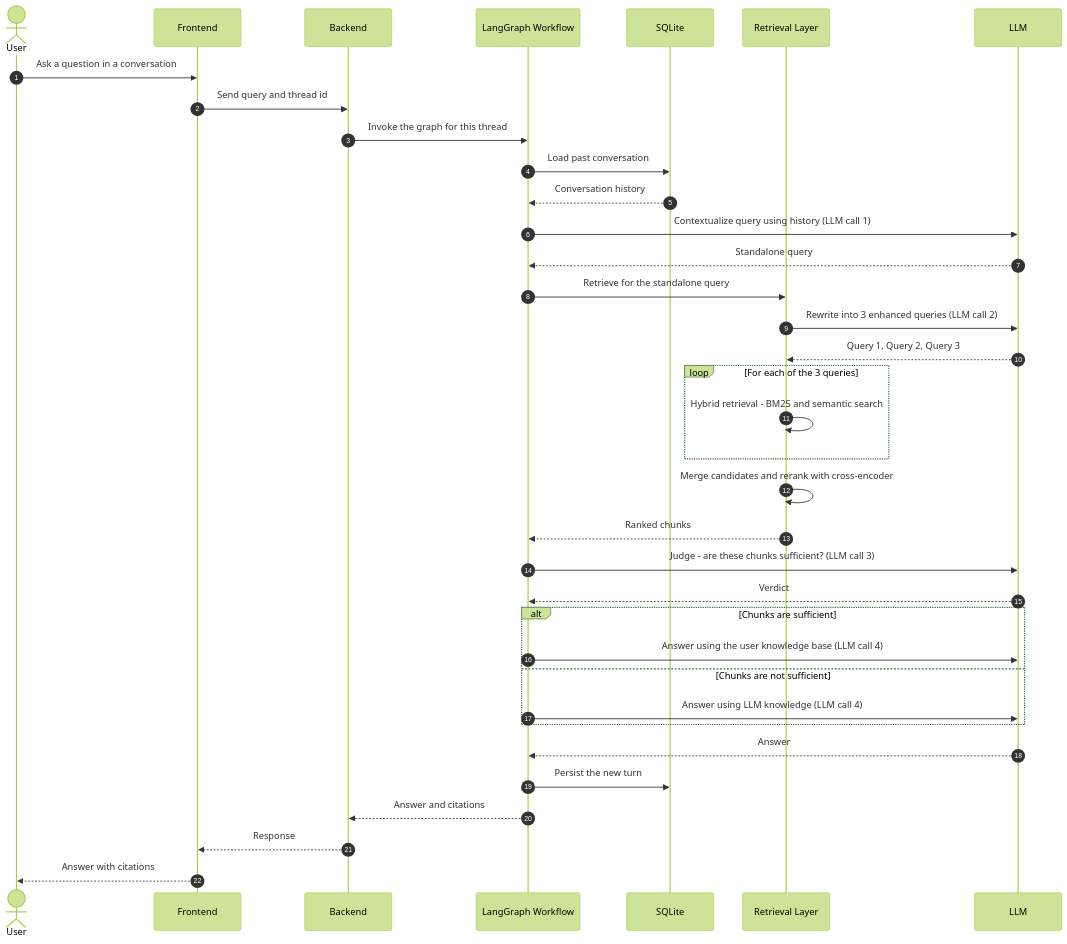
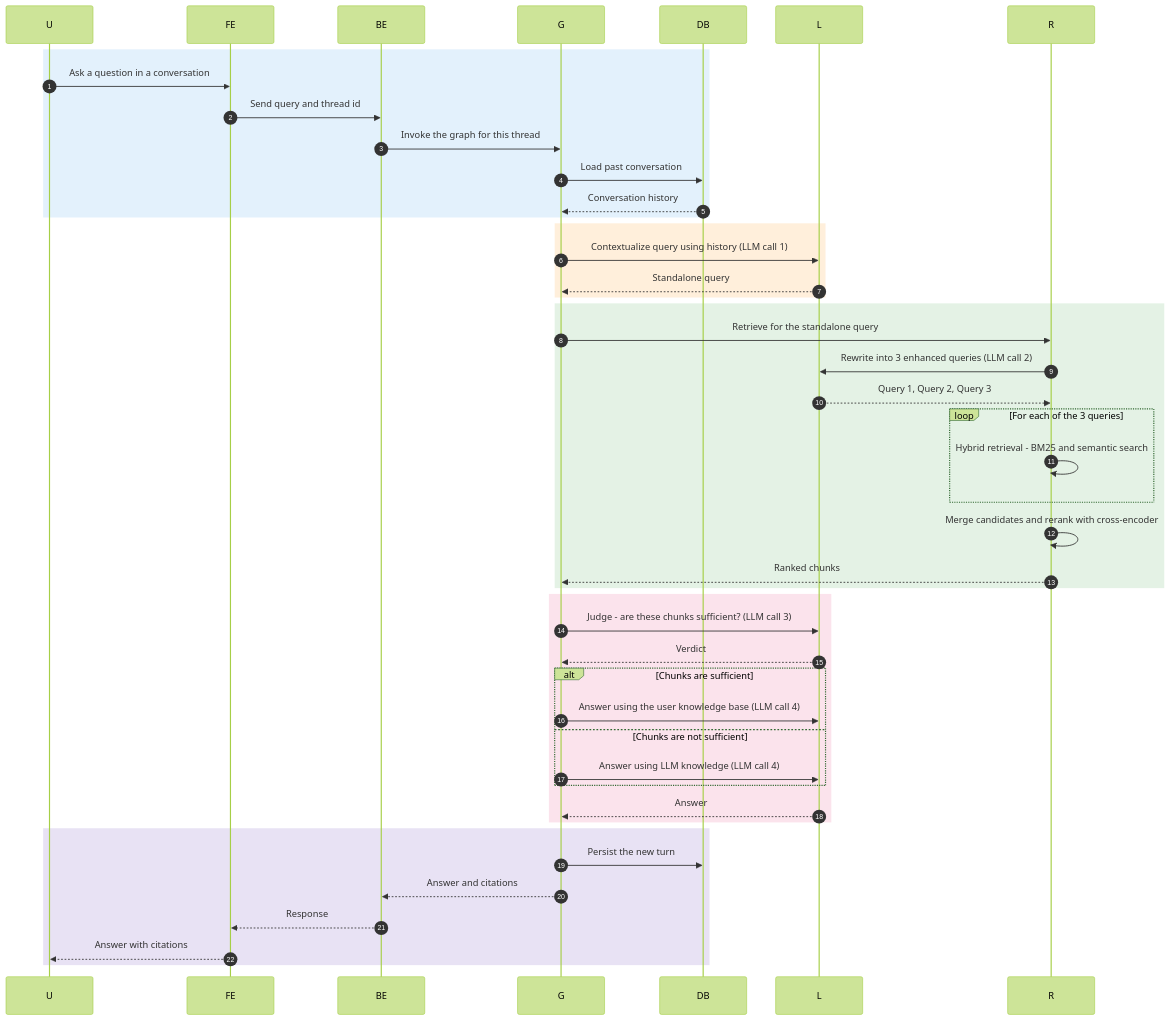
Before and after one commit to Abidkazmi7/Multipurpose-RAG: the first of 5 diagrams in README.md, drawn with Mermaid (forest theme). The commit also changed other lines of this file, not shown here.

Commit message:
README update

````diff
--- a/README.md
+++ b/README.md
@@ -58,44 +58,45 @@
 ```mermaid
 sequenceDiagram
     autonumber
-    actor U as User
-    participant FE as Frontend
-    participant BE as Backend
-    participant G as LangGraph Workflow
-    participant DB as SQLite
-    participant R as Retrieval Layer
-    participant L as LLM
+    rect rgba(30, 136, 229, 0.12)
+        U->>FE: Ask a question in a conversation
+        FE->>BE: Send query and thread id
+        BE->>G: Invoke the graph for this thread
+        G->>DB: Load past conversation
+        DB-->>G: Conversation history
+    end
 
-    U->>FE: Ask a question in a conversation
-    FE->>BE: Send query and thread id
-    BE->>G: Invoke the graph for this thread
-    G->>DB: Load past conversation
-    DB-->>G: Conversation history
+    rect rgba(251, 140, 0, 0.14)
+        G->>L: Contextualize query using history (LLM call 1)
+        L-->>G: Standalone query
+    end
 
-    G->>L: Contextualize query using history (LLM call 1)
-    L-->>G: Standalone query
+    rect rgba(67, 160, 71, 0.14)
+        G->>R: Retrieve for the standalone query
+        R->>L: Rewrite into 3 enhanced queries (LLM call 2)
+        L-->>R: Query 1, Query 2, Query 3
+        loop For each of the 3 queries
+            R->>R: Hybrid retrieval - BM25 and semantic search
+        end
+        R->>R: Merge candidates and rerank with cross-encoder
+        R-->>G: Ranked chunks
+    end
 
-    G->>R: Retrieve for the standalone query
-    R->>L: Rewrite into 3 enhanced queries (LLM call 2)
-    L-->>R: Query 1, Query 2, Query 3
-    loop For each of the 3 queries
-        R->>R: Hybrid retrieval - BM25 and semantic search
+    rect rgba(216, 27, 96, 0.12)
+        G->>L: Judge - are these chunks sufficient? (LLM call 3)
+        L-->>G: Verdict
+        alt Chunks are sufficient
+            G->>L: Answer using the user knowledge base (LLM call 4)
+        else Chunks are not sufficient
+            G->>L: Answer using LLM knowledge (LLM call 4)
+        end
+        L-->>G: Answer
     end
-    R->>R: Merge candidates and rerank with cross-encoder
-    R-->>G: Ranked chunks
 
-    G->>L: Judge - are these chunks sufficient? (LLM call 3)
-    L-->>G: Verdict
-
-    alt Chunks are sufficient
-        G->>L: Answer using the user knowledge base (LLM call 4)
-    else Chunks are not sufficient
-        G->>L: Answer using LLM knowledge (LLM call 4)
+    rect rgba(94, 53, 177, 0.14)
+        G->>DB: Persist the new turn
+        G-->>BE: Answer and citations
+        BE-->>FE: Response
+        FE-->>U: Answer with citations
     end
-    L-->>G: Answer
-
-    G->>DB: Persist the new turn
-    G-->>BE: Answer and citations
-    BE-->>FE: Response
-    FE-->>U: Answer with citations
 ```
````
